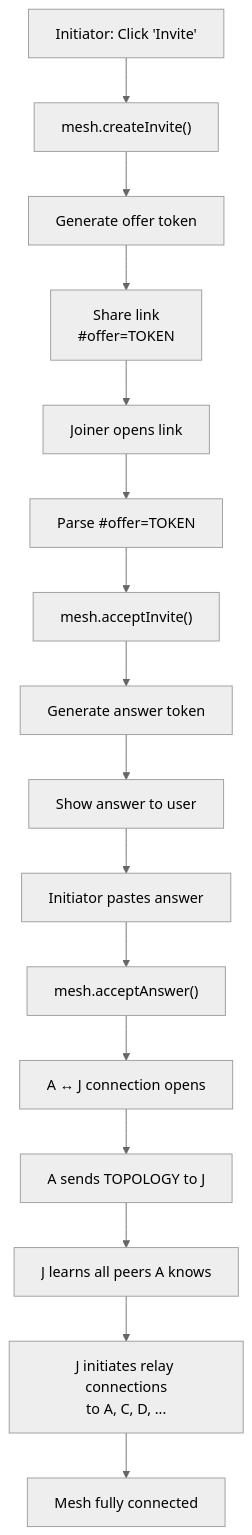
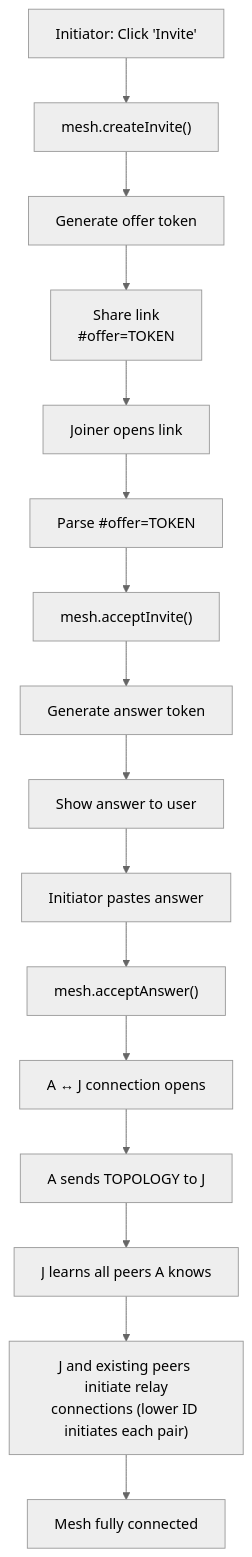
The third of 6 diagrams in ARCHITECTURE.md (jvranish/webrtc-p2p), drawn with Mermaid (neutral theme) before and after one commit. The commit also changed other lines of this file and 1 other file, not shown here.

Commit message:
Updated readme and architecture docs

````diff
--- a/ARCHITECTURE.md
+++ b/ARCHITECTURE.md
@@ -111,20 +95,20 @@
 ```mermaid
 flowchart TD
     A["Initiator: Click 'Invite'"] --> B["mesh.createInvite()"]
     B --> C["Generate offer token"]
     C --> D["Share link<br/>#offer=TOKEN"]
     D --> E["Joiner opens link"]
 
     E --> F["Parse #offer=TOKEN"]
     F --> G["mesh.acceptInvite()"]
     G --> H["Generate answer token"]
     H --> I["Show answer to user"]
     I --> J["Initiator pastes answer"]
 
     J --> K["mesh.acceptAnswer()"]
     K --> L["A ↔ J connection opens"]
     L --> M["A sends TOPOLOGY to J"]
     M --> N["J learns all peers A knows"]
-    N --> O["J initiates relay connections<br/>to A, C, D, ..."]
+    N --> O["J and existing peers initiate relay<br/>connections (lower ID initiates each pair)"]
     O --> P["Mesh fully connected"]
 ```
````
